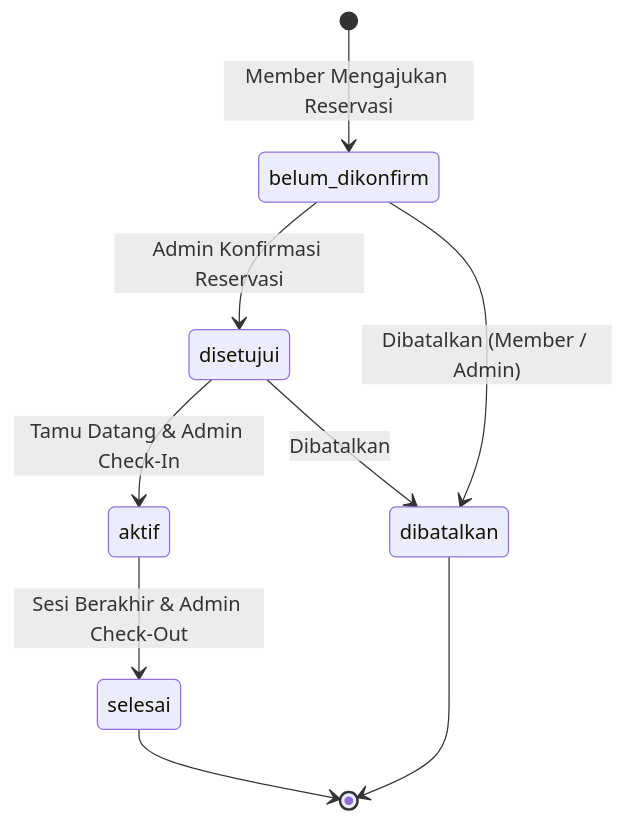
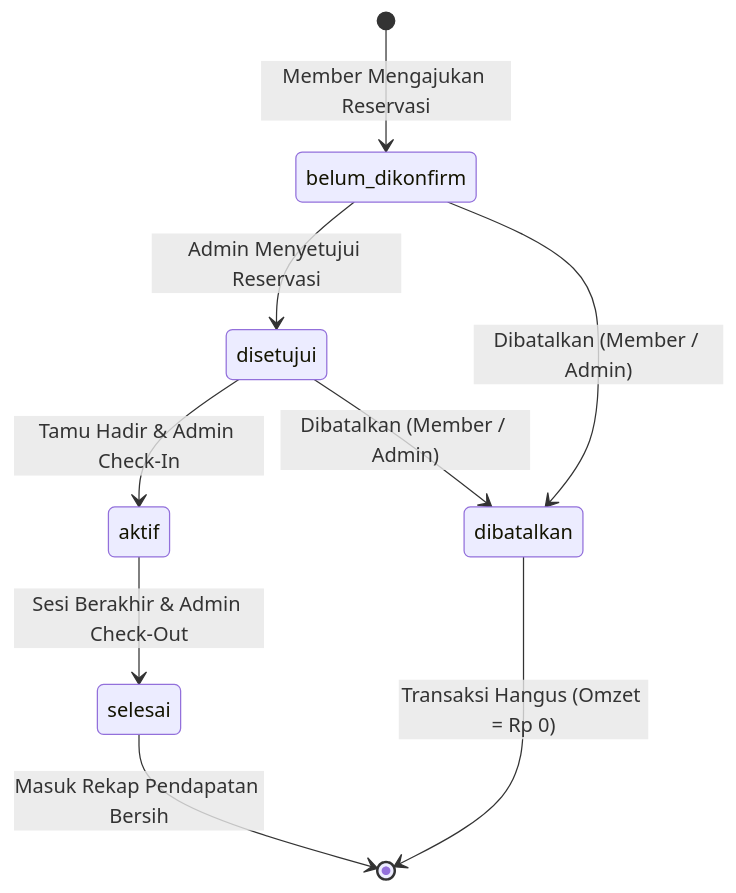
The first of 2 diagrams in README.md (elzidanee/smart_space_booking), drawn with Mermaid before and after one commit. The commit also changed other lines of this file, not shown here.

````diff
--- a/README.md
+++ b/README.md
@@ -77,11 +151,11 @@
 ```mermaid
 stateDiagram-v2
-    [*] --> belum_dikonfirm: Member Mengajukan Reservasi
-    belum_dikonfirm --> disetujui: Admin Konfirmasi Reservasi
-    belum_dikonfirm --> dibatalkan: Dibatalkan (Member / Admin)
-    disetujui --> aktif: Tamu Datang & Admin Check-In
-    disetujui --> dibatalkan: Dibatalkan
-    aktif --> selesai: Sesi Berakhir & Admin Check-Out
-    selesai --> [*]
-    dibatalkan --> [*]
+    [*] --> belum_dikonfirm : Member Mengajukan Reservasi
+    belum_dikonfirm --> disetujui : Admin Menyetujui Reservasi
+    belum_dikonfirm --> dibatalkan : Dibatalkan (Member / Admin)
+    disetujui --> aktif : Tamu Hadir & Admin Check-In
+    disetujui --> dibatalkan : Dibatalkan (Member / Admin)
+    aktif --> selesai : Sesi Berakhir & Admin Check-Out
+    selesai --> [*] : Masuk Rekap Pendapatan Bersih
+    dibatalkan --> [*] : Transaksi Hangus (Omzet = Rp 0)
 ```
````
